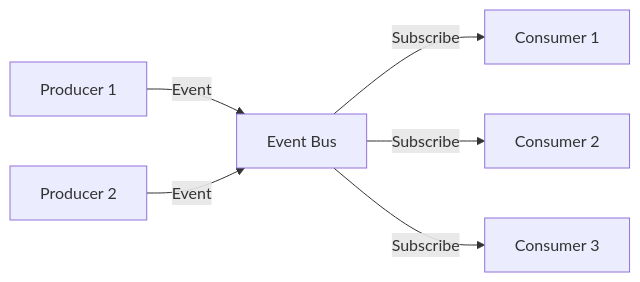
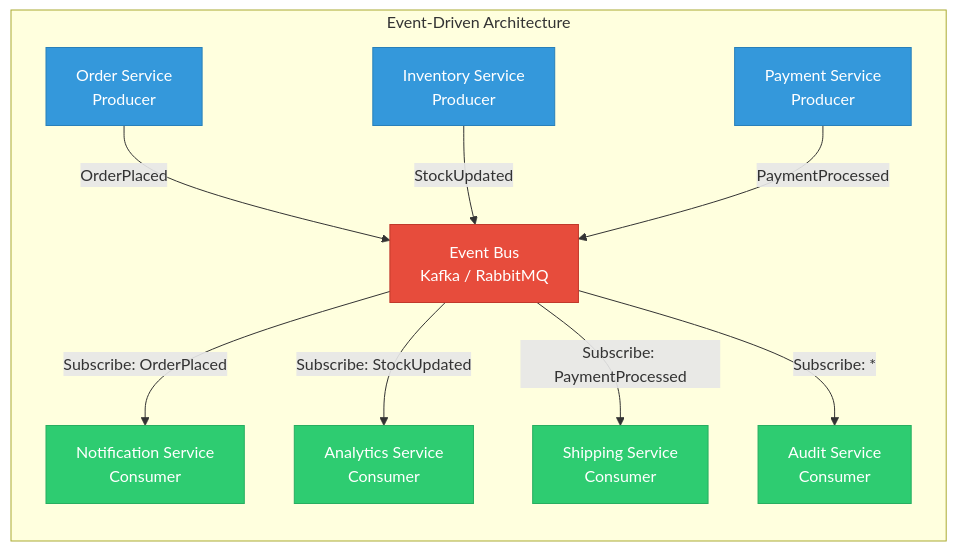
One commit to Raushan666java/ai-engineering-journey changed the sixth of 9 diagrams in docs/courses/software-engineering/04-architectural-design.md. Above: the diagram before and after it, drawn with Mermaid. The commit also changed other lines of this file and 15 other files, not shown here.

Commit message:
deploy: software-engineering overhaul - 16 chapters expanded to avg 1284L (+7649L), richer Mermaid, more TS, deeper content

````diff
--- a/docs/courses/software-engineering/04-architectural-design.md
+++ b/docs/courses/software-engineering/04-architectural-design.md
@@ -241,8 +296,19 @@
 ```mermaid
 graph LR
-    P1[Producer 1] -->|Event| EB[Event Bus]
-    P2[Producer 2] -->|Event| EB
-    EB -->|Subscribe| C1[Consumer 1]
-    EB -->|Subscribe| C2[Consumer 2]
-    EB -->|Subscribe| C3[Consumer 3]
+    subgraph "Event-Driven Architecture"
+        P1[Order Service<br/>Producer] -->|OrderPlaced| EB[Event Bus<br/>Kafka / RabbitMQ]
+        P2[Inventory Service<br/>Producer] -->|StockUpdated| EB
+        P3[Payment Service<br/>Producer] -->|PaymentProcessed| EB
+        EB -->|Subscribe: OrderPlaced| C1[Notification Service<br/>Consumer]
+        EB -->|Subscribe: StockUpdated| C2[Analytics Service<br/>Consumer]
+        EB -->|Subscribe: PaymentProcessed| C3[Shipping Service<br/>Consumer]
+        EB -->|Subscribe: *| C4[Audit Service<br/>Consumer]
+    end
+
+    classDef prod fill:#3498db,stroke:#2980b9,color:#fff
+    classDef bus fill:#e74c3c,stroke:#c0392b,color:#fff
+    classDef cons fill:#2ecc71,stroke:#27ae60,color:#fff
+    class P1,P2,P3 prod
+    class EB bus
+    class C1,C2,C3,C4 cons
 ```
````
